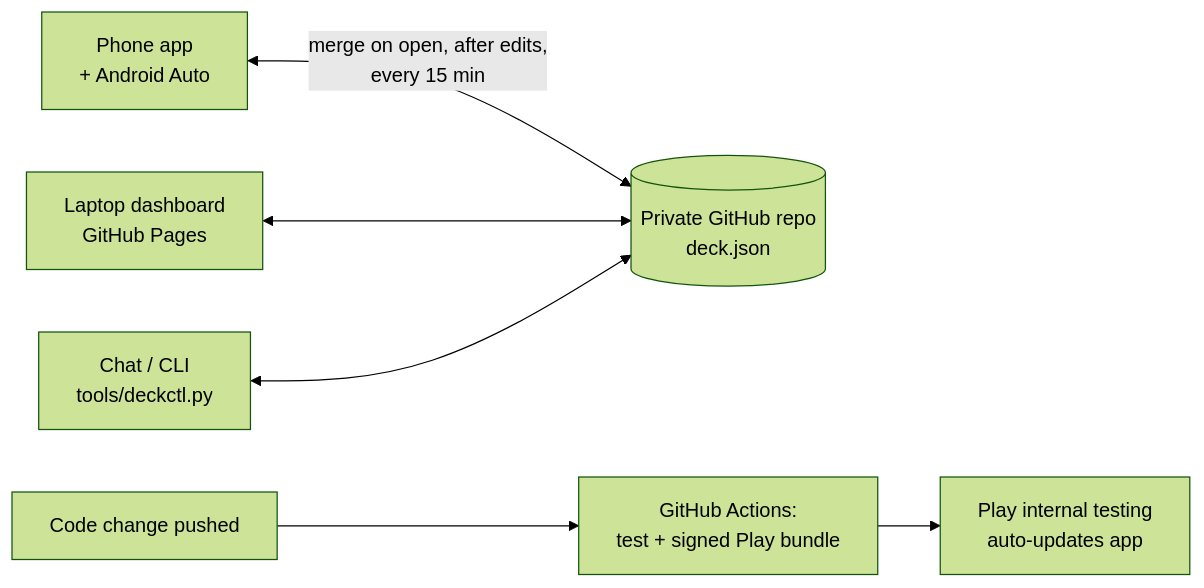
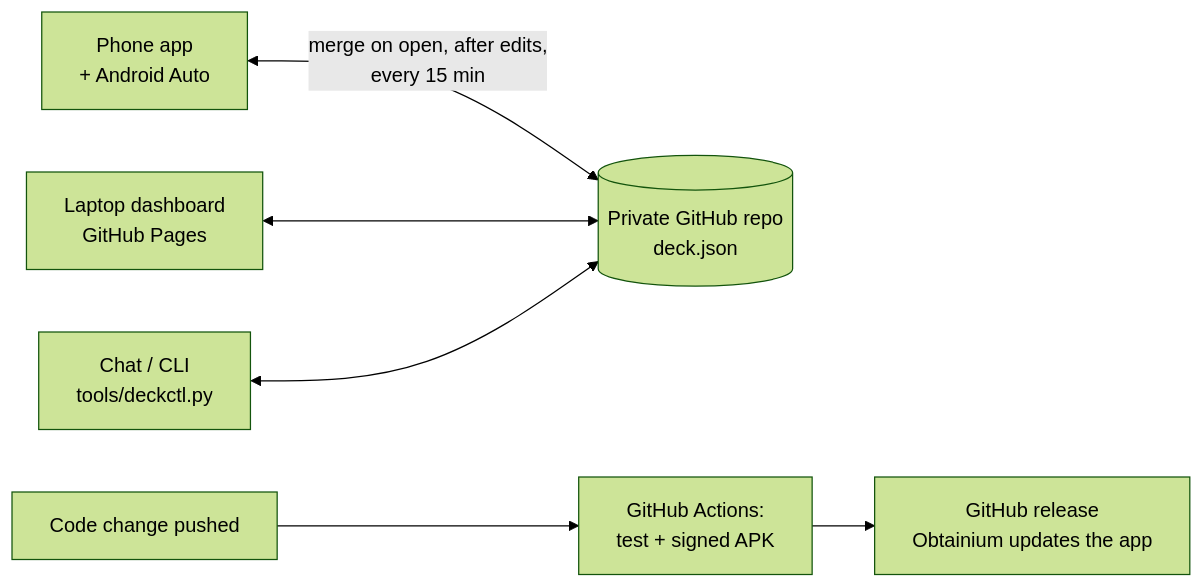
One commit to LAZARZEC18/DRIVEDECK changed the diagram in README.md. Above: the diagram before and after it, drawn with Mermaid (forest theme). The commit also changed other lines of this file and 1 other file, not shown here.

````diff
--- a/README.md
+++ b/README.md
@@ -50,7 +51,7 @@
 ```mermaid
 flowchart LR
     P[Phone app<br/>+ Android Auto] <-->|merge on open, after edits,<br/>every 15 min| G[(Private GitHub repo<br/>deck.json)]
     L[Laptop dashboard<br/>GitHub Pages] <--> G
     C[Chat / CLI<br/>tools/deckctl.py] <--> G
-    A[Code change pushed] --> CI[GitHub Actions:<br/>test + signed Play bundle] --> O[Play internal testing<br/>auto-updates app]
+    A[Code change pushed] --> CI[GitHub Actions:<br/>test + signed APK] --> O[GitHub release<br/>Obtainium updates the app]
 ```
````
